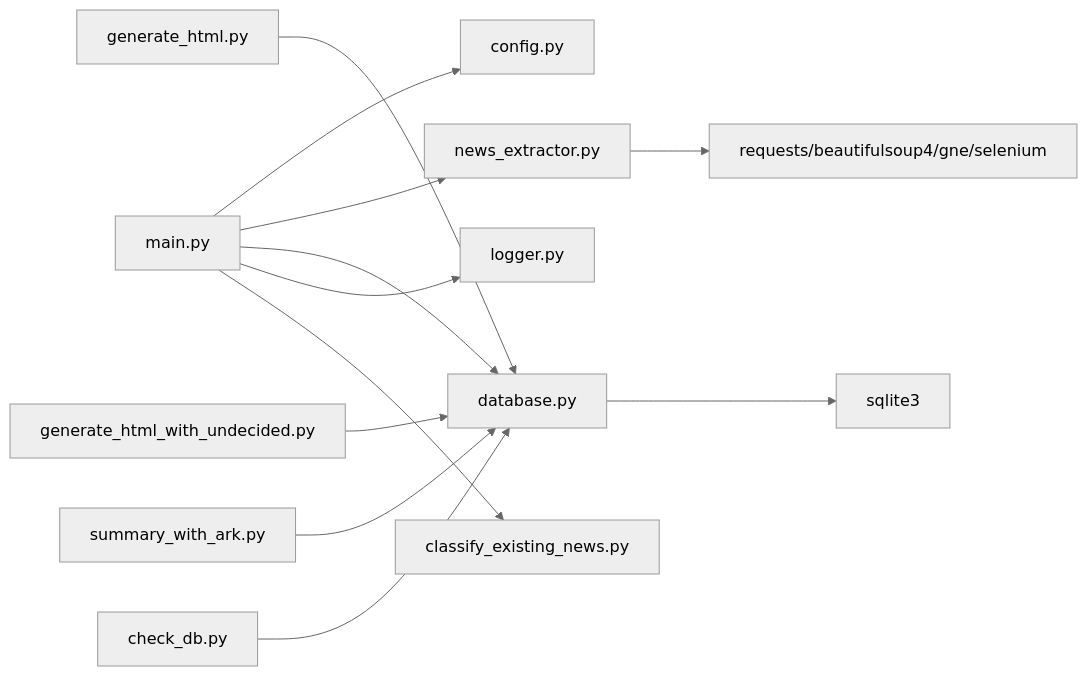
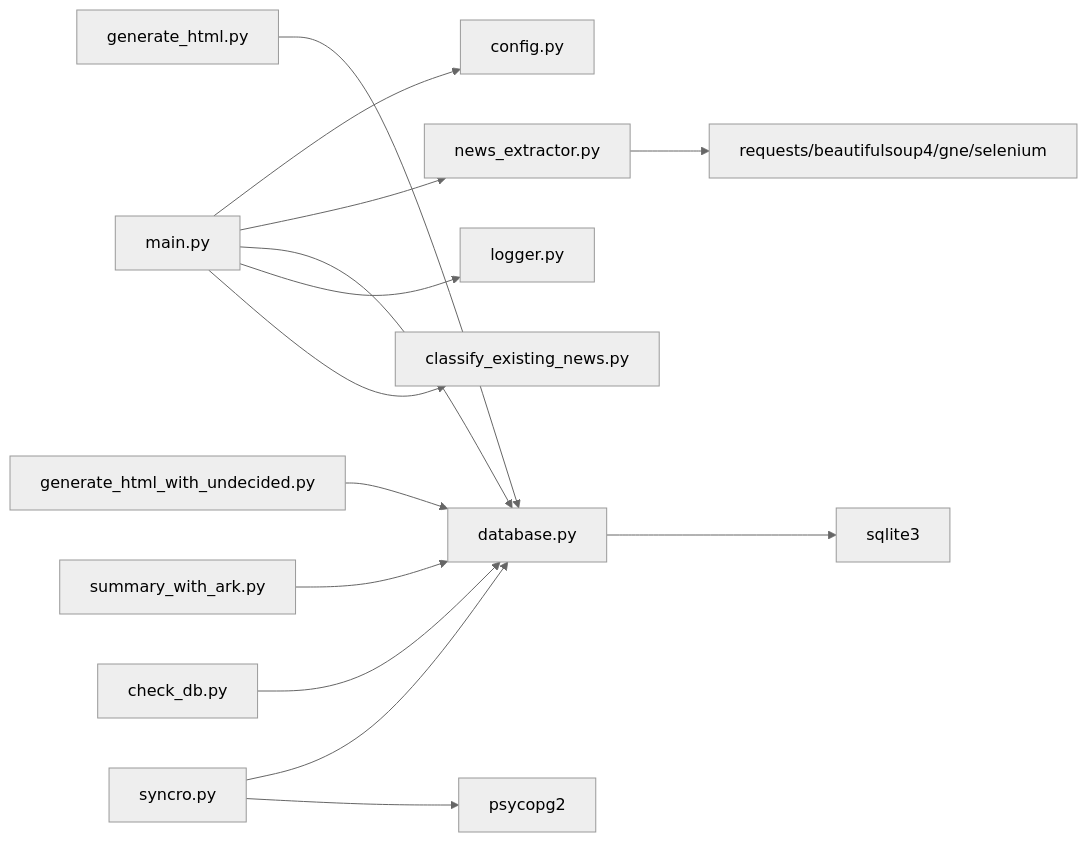
The eighth of 8 diagrams in .qoder/repowiki/zh/content/工具脚本说明/工具脚本说明.md (dengwanqian/news-exacter), drawn with Mermaid (neutral theme) before and after one commit. The commit also changed other lines of this file and 7 other files, not shown here.

````diff
--- a/.qoder/repowiki/zh/content/工具脚本说明/工具脚本说明.md
+++ b/.qoder/repowiki/zh/content/工具脚本说明/工具脚本说明.md
@@ -396,14 +471,16 @@
 ```mermaid
 graph LR
 MAIN["main.py"] --> CFG["config.py"]
 MAIN --> EX["news_extractor.py"]
 MAIN --> DB["database.py"]
 MAIN --> LOG["logger.py"]
 MAIN --> CLS["classify_existing_news.py"]
 EX --> REQ["requests/beautifulsoup4/gne/selenium"]
 DB --> SQLITE["sqlite3"]
 GEN["generate_html.py"] --> DB
 GEN2["generate_html_with_undecided.py"] --> DB
 SUM["summary_with_ark.py"] --> DB
 CK["check_db.py"] --> DB
+SYNC["syncro.py"] --> DB
+SYNC --> PG["psycopg2"]
 ```
````
